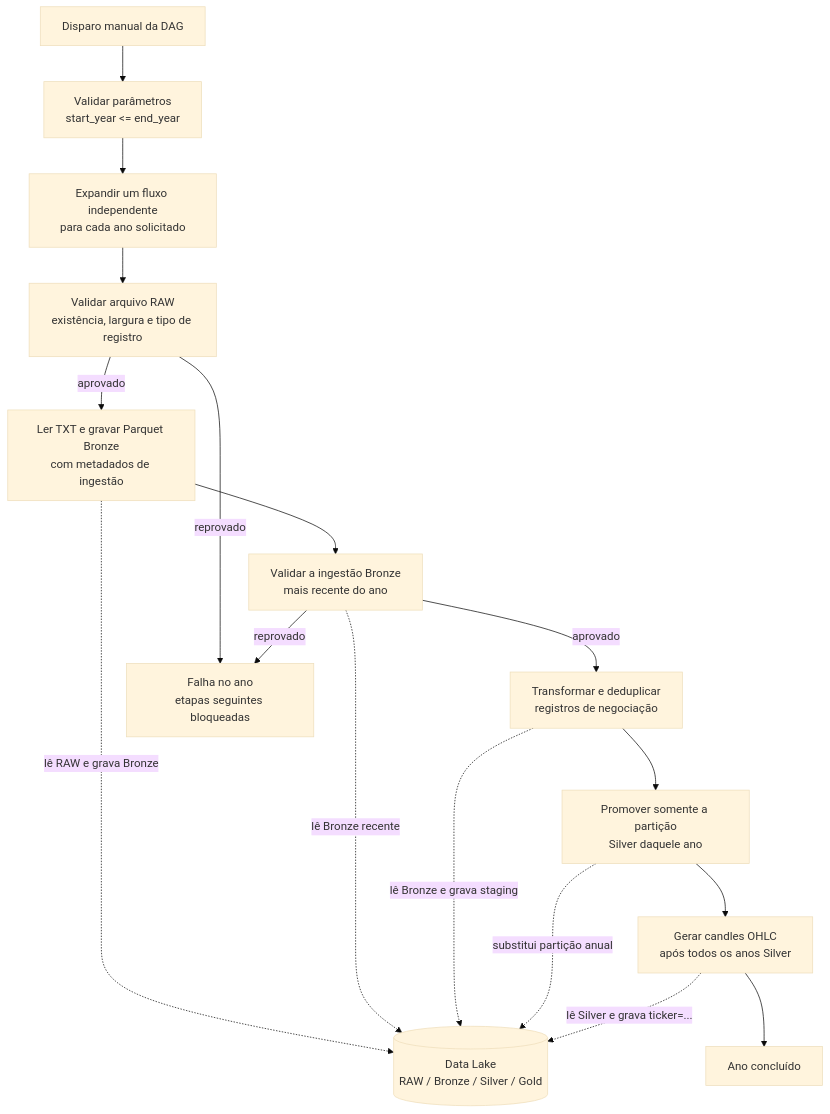
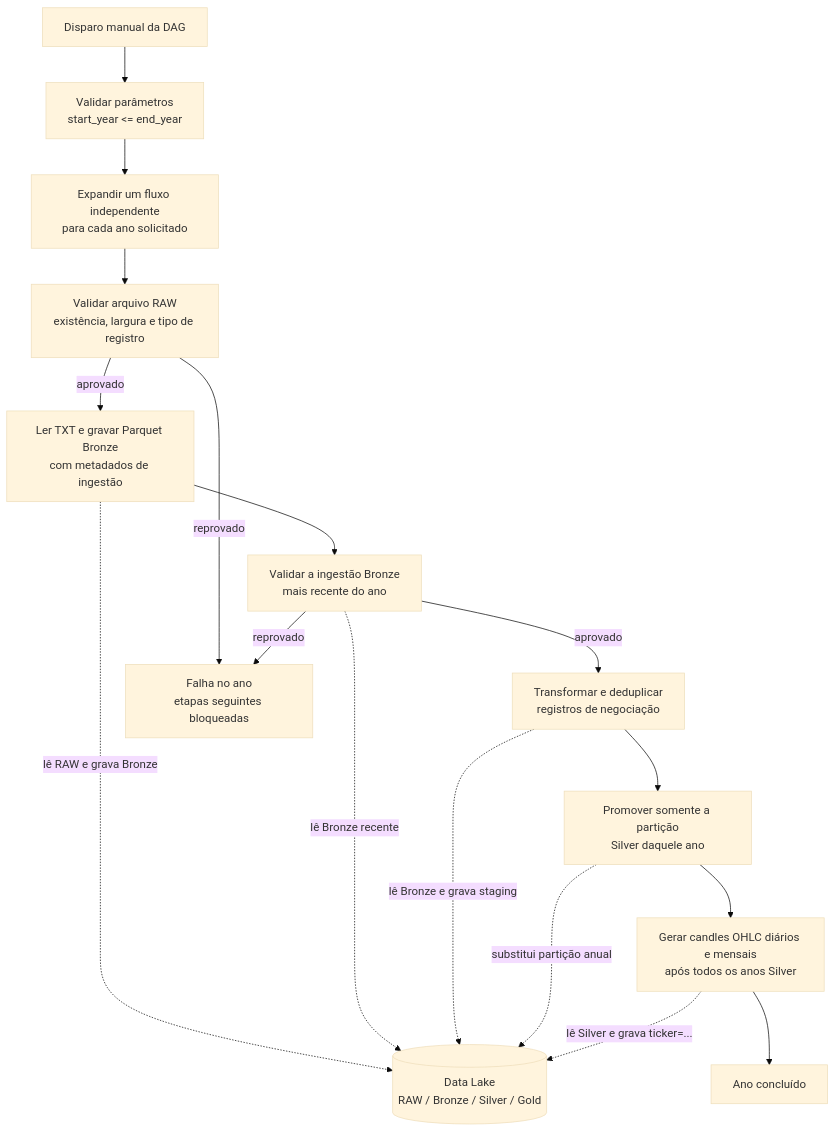
One commit to BiellBatista/Python.DataEngineering changed the first of 2 diagrams in B3-Pipelines/docs/historical-series/index.md. Above: the diagram before and after it, drawn with Mermaid (base theme). The commit also changed other lines of this file and 18 other files, not shown here.

First line of the commit message:
feat: expand Gold candles with monthly timeframe, metadata and parallelism

````diff
--- a/B3-Pipelines/docs/historical-series/index.md
+++ b/B3-Pipelines/docs/historical-series/index.md
@@ -88,31 +106,31 @@
 ```mermaid
 flowchart TD
     Trigger["Disparo manual da DAG"]
     Params["Validar parâmetros<br/>start_year <= end_year"]
     Map["Expandir um fluxo independente<br/>para cada ano solicitado"]
     RawDQ["Validar arquivo RAW<br/>existência, largura e tipo de registro"]
     Bronze["Ler TXT e gravar Parquet Bronze<br/>com metadados de ingestão"]
     BronzeDQ["Validar a ingestão Bronze<br/>mais recente do ano"]
     Silver["Transformar e deduplicar<br/>registros de negociação"]
     Promote["Promover somente a partição<br/>Silver daquele ano"]
-    Gold["Gerar candles OHLC<br/>após todos os anos Silver"]
+    Gold["Gerar candles OHLC diários e mensais<br/>após todos os anos Silver"]
     Success["Ano concluído"]
     Failure["Falha no ano<br/>etapas seguintes bloqueadas"]
     Lake[("Data Lake<br/>RAW / Bronze / Silver / Gold")]
 
     Trigger --> Params --> Map
     Map --> RawDQ
     RawDQ -->|"aprovado"| Bronze
     RawDQ -->|"reprovado"| Failure
     Bronze --> BronzeDQ
     BronzeDQ -->|"aprovado"| Silver
     BronzeDQ -->|"reprovado"| Failure
     Silver --> Promote
     Promote --> Gold
     Gold --> Success
     Bronze -.->|"lê RAW e grava Bronze"| Lake
     BronzeDQ -.->|"lê Bronze recente"| Lake
     Silver -.->|"lê Bronze e grava staging"| Lake
     Promote -.->|"substitui partição anual"| Lake
     Gold -.->|"lê Silver e grava ticker=..."| Lake
 ```
````
